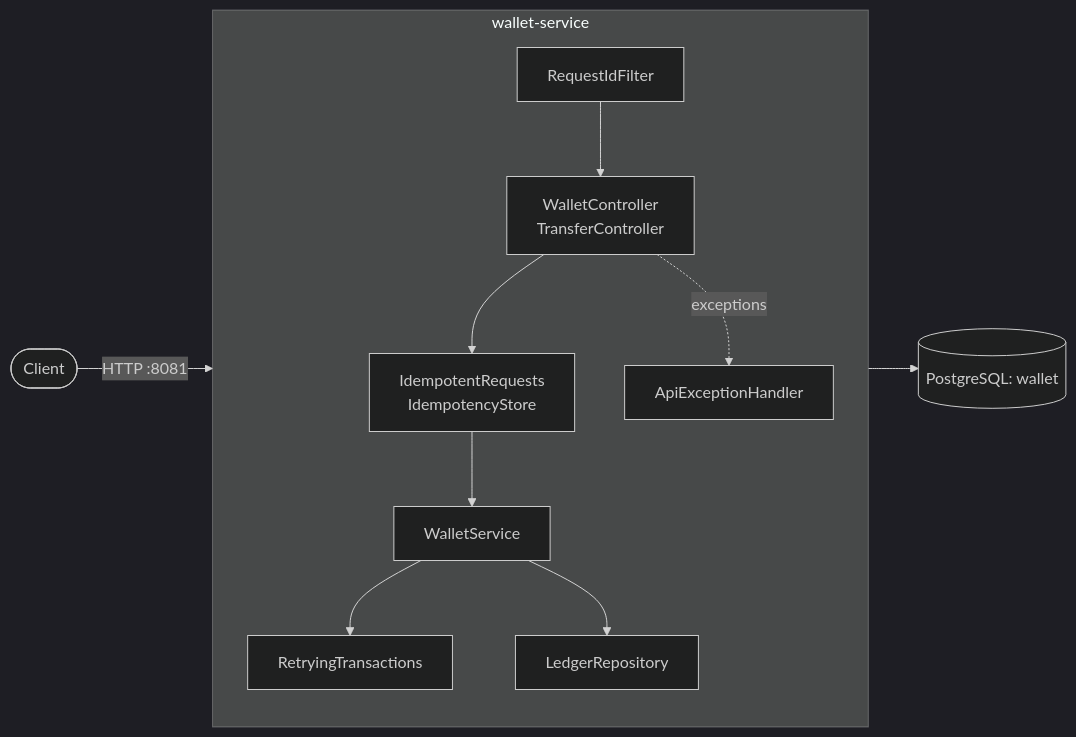
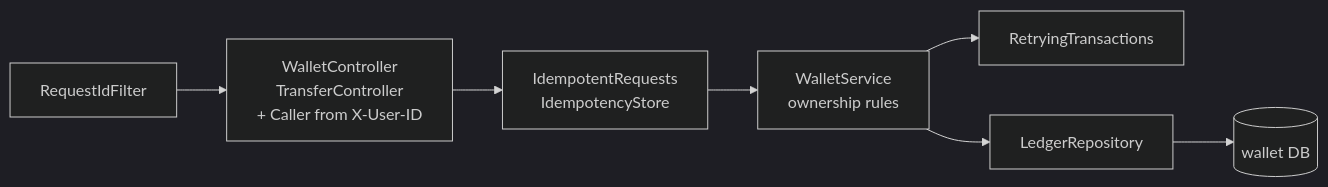
The second of 2 diagrams in docs/architecture.md (Aestheticsuraj234/payments-microservices-springboot), drawn with Mermaid (dark theme) before and after one commit. The commit also changed other lines of this file and 35 other files, not shown here.

````diff
--- a/docs/architecture.md
+++ b/docs/architecture.md
@@ -21,14 +28,8 @@
 ```mermaid
 flowchart LR
-    client([Client]) -->|HTTP :8081| wallet
-    subgraph wallet[wallet-service]
-        direction TB
-        f[RequestIdFilter] --> c[WalletController<br/>TransferController]
-        c --> i[IdempotentRequests<br/>IdempotencyStore]
-        i --> s[WalletService]
-        s --> rt[RetryingTransactions]
-        s --> r[LedgerRepository]
-        c -. exceptions .-> h[ApiExceptionHandler]
-    end
-    r --> db[(PostgreSQL: wallet)]
+    f[RequestIdFilter] --> c[WalletController<br/>TransferController<br/>+ Caller from X-User-ID]
+    c --> i[IdempotentRequests<br/>IdempotencyStore]
+    i --> s[WalletService<br/>ownership rules]
+    s --> rt[RetryingTransactions]
+    s --> r[LedgerRepository] --> db[(wallet DB)]
 ```
````
